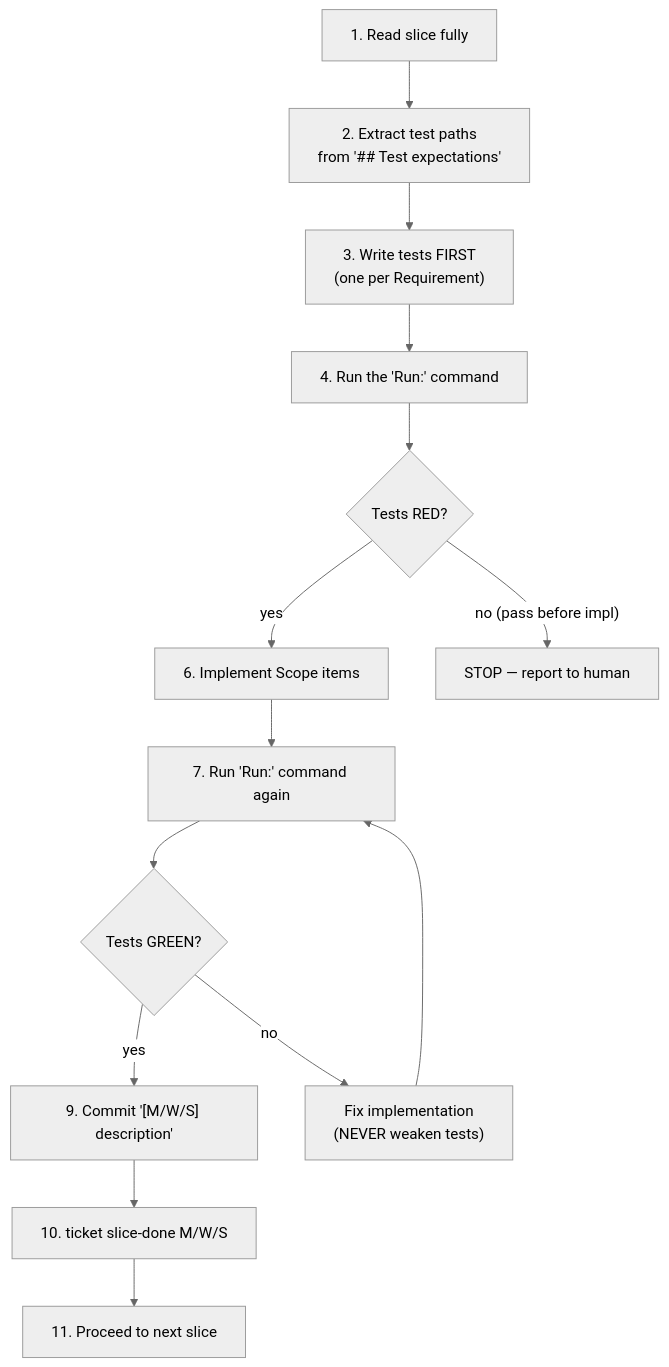
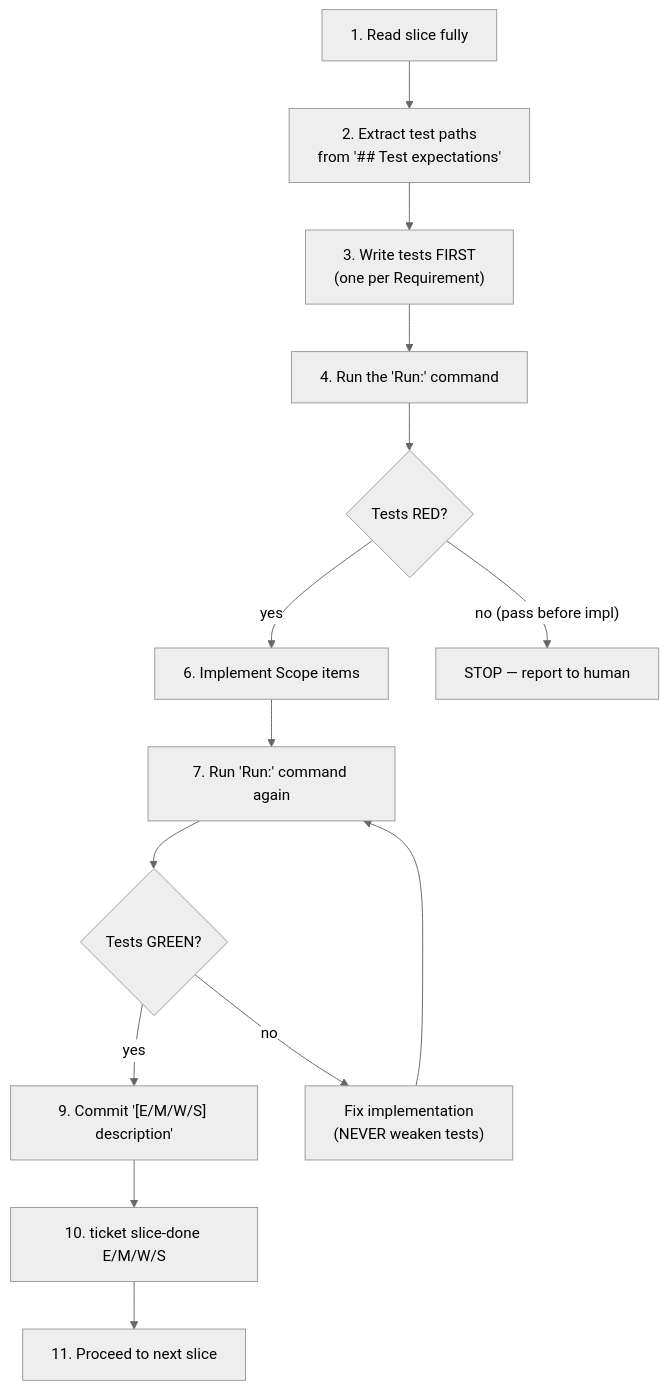
One commit to kolosochek/specflow changed the diagram in docs/agent-protocol.md. Above: the diagram before and after it, drawn with Mermaid (neutral theme). The commit also changed other lines of this file and 3 other files, not shown here.

````diff
--- a/docs/agent-protocol.md
+++ b/docs/agent-protocol.md
@@ -59,16 +59,16 @@
 ```mermaid
 flowchart TD
     A["1. Read slice fully"] --> B["2. Extract test paths<br/>from '## Test expectations'"]
     B --> C["3. Write tests FIRST<br/>(one per Requirement)"]
     C --> D["4. Run the 'Run:' command"]
     D --> E{Tests RED?}
     E -- yes --> F["6. Implement Scope items"]
     E -- "no (pass before impl)" --> STOP1["STOP — report to human"]
     F --> G["7. Run 'Run:' command again"]
     G --> H{Tests GREEN?}
-    H -- yes --> I["9. Commit '[M/W/S] description'"]
+    H -- yes --> I["9. Commit '[E/M/W/S] description'"]
     H -- "no" --> J["Fix implementation<br/>(NEVER weaken tests)"]
     J --> G
-    I --> K["10. ticket slice-done M/W/S"]
+    I --> K["10. ticket slice-done E/M/W/S"]
     K --> L["11. Proceed to next slice"]
 ```
````
